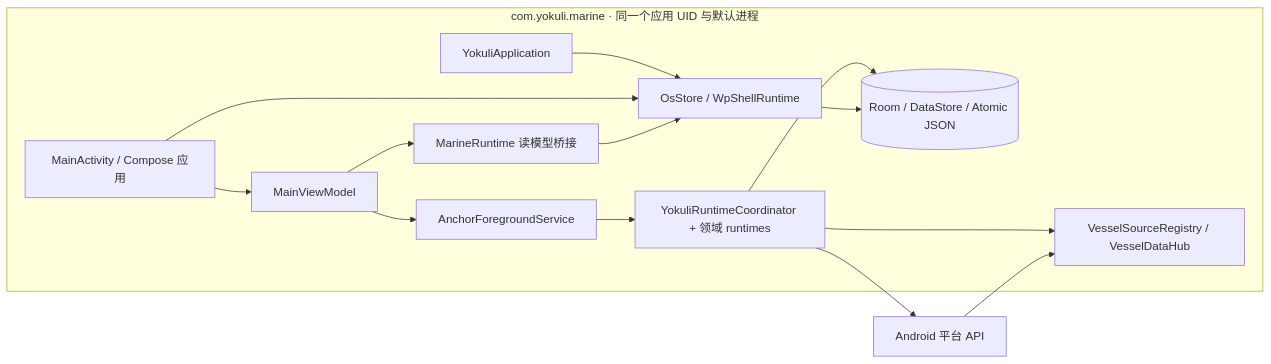
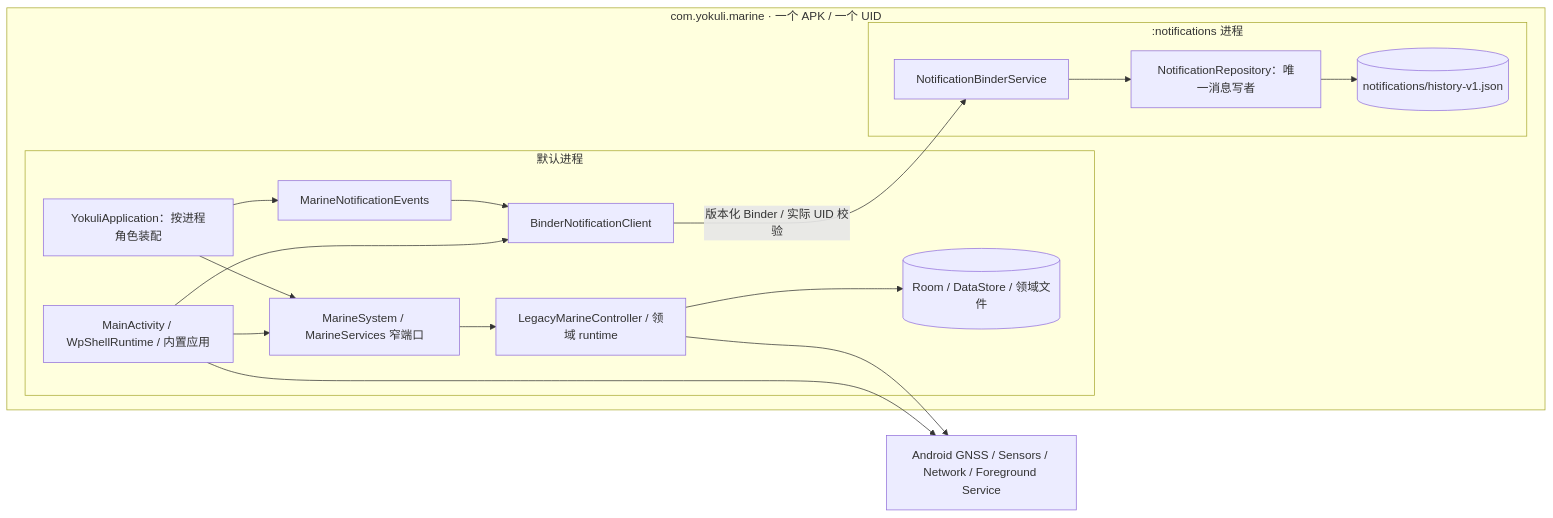
One commit to ohkuku/yokuli_marine_shell changed the second of 3 diagrams in docs/os/01-ARCHITECTURE.md. Above: the diagram before and after it, drawn with Mermaid. The commit also changed other lines of this file and 114 other files, not shown here.

Commit message:
Ship W10M shell, runtime notifications and focused AIS workspace

````diff
--- a/docs/os/01-ARCHITECTURE.md
+++ b/docs/os/01-ARCHITECTURE.md
@@ -50,26 +50,27 @@
 ```mermaid
 flowchart LR
-    subgraph APK[com.yokuli.marine · 同一个应用 UID 与默认进程]
-        Application[YokuliApplication]
-        UI[MainActivity / Compose 应用]
-        Shell[OsStore / WpShellRuntime]
-        VM[MainViewModel]
-        Bridge[MarineRuntime 读模型桥接]
-        FGS[AnchorForegroundService]
-        Runtime[YokuliRuntimeCoordinator + 领域 runtimes]
-        Hub[VesselSourceRegistry / VesselDataHub]
-        DB[(Room / DataStore / Atomic JSON)]
-        Application --> Shell
-        UI --> Shell
-        UI --> VM
-        VM --> Bridge
-        Bridge --> Shell
-        VM --> FGS
-        FGS --> Runtime
-        Runtime --> Hub
-        Runtime --> DB
-        Shell --> DB
+    subgraph APK[com.yokuli.marine · 一个 APK / 一个 UID]
+        subgraph MAIN[默认进程]
+            Application[YokuliApplication：按进程角色装配]
+            UI[MainActivity / WpShellRuntime / 内置应用]
+            Client[MarineSystem / MarineServices 窄端口]
+            Runtime[LegacyMarineController / 领域 runtime]
+            Events[MarineNotificationEvents]
+            NoticeClient[BinderNotificationClient]
+            DomainDB[(Room / DataStore / 领域文件)]
+            Application --> Client
+            UI --> Client --> Runtime --> DomainDB
+            Application --> Events --> NoticeClient
+            UI --> NoticeClient
+        end
+        subgraph NOTIFY[:notifications 进程]
+            Service[NotificationBinderService]
+            Repo[NotificationRepository：唯一消息写者]
+            History[(notifications/history-v1.json)]
+            Service --> Repo --> History
+        end
+        NoticeClient -->|版本化 Binder / 实际 UID 校验| Service
     end
-    Platform[Android 平台 API] --> Hub
-    Runtime --> Platform
+    Runtime --> Android[Android GNSS / Sensors / Network / Foreground Service]
+    UI --> Android
 ```
````
